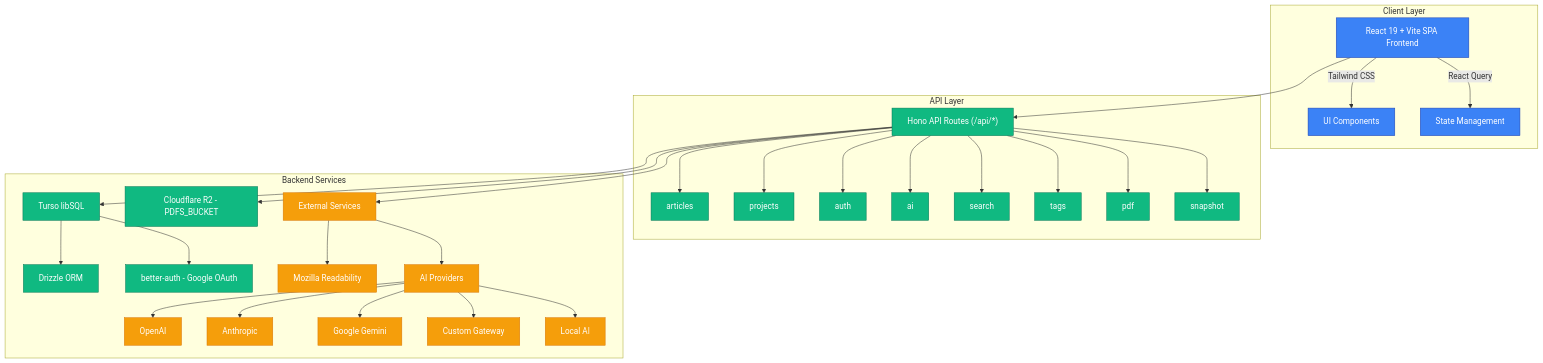
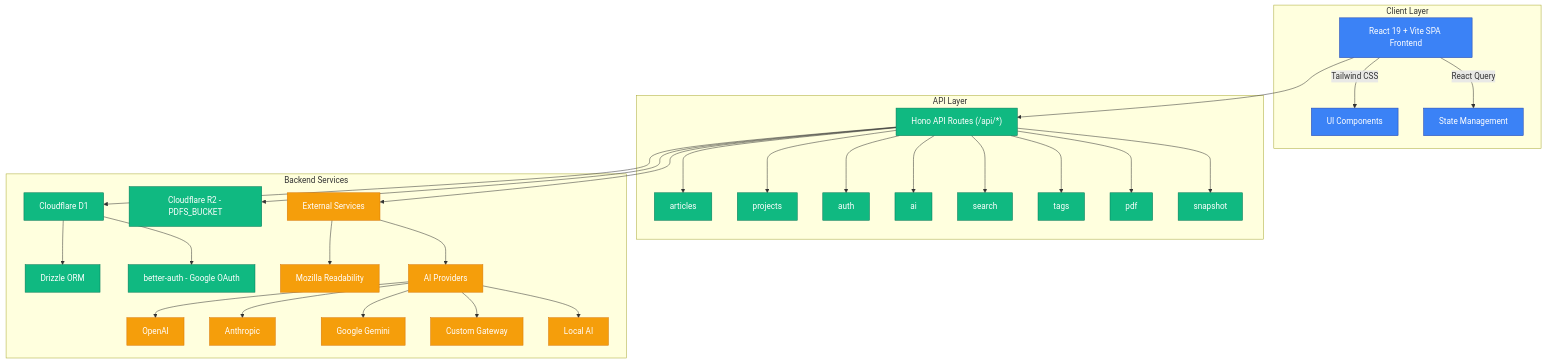
The diagram in README.md (Significant-Hobbies/reader), drawn with Mermaid before and after one commit. The commit also changed other lines of this file and 34 other files, not shown here.

````diff
--- a/README.md
+++ b/README.md
@@ -56,50 +56,50 @@
 ```mermaid
 graph TB
     subgraph "Client Layer"
         UI[React 19 + Vite SPA Frontend]
         UI --> |Tailwind CSS| Styling[UI Components]
         UI --> |React Query| State[State Management]
     end
 
     subgraph "API Layer"
         API["Hono API Routes (/api/*)"]
         API --> Articles["articles"]
         API --> Projects["projects"]
         API --> Auth["auth"]
         API --> AI["ai"]
         API --> Search["search"]
         API --> Tags["tags"]
         API --> PDF["pdf"]
         API --> Snapshot["snapshot"]
     end
 
     subgraph "Backend Services"
-        Turso[Turso libSQL]
-        Turso --> Drizzle[Drizzle ORM]
-        Turso --> BetterAuth[better-auth - Google OAuth]
+        D1[Cloudflare D1]
+        D1 --> Drizzle[Drizzle ORM]
+        D1 --> BetterAuth[better-auth - Google OAuth]
 
         R2[Cloudflare R2 - PDFS_BUCKET]
 
         External[External Services]
         External --> Readability[Mozilla Readability]
         External --> AIProviders[AI Providers]
         AIProviders --> OpenAI[OpenAI]
         AIProviders --> Anthropic[Anthropic]
         AIProviders --> Gemini[Google Gemini]
         AIProviders --> Gateway[Custom Gateway]
         AIProviders --> LocalAI[Local AI]
     end
 
     UI --> API
-    API --> Turso
+    API --> D1
     API --> R2
     API --> External
 
     classDef frontend fill:#3b82f6,stroke:#1e40af,color:#fff
     classDef backend fill:#10b981,stroke:#047857,color:#fff
     classDef external fill:#f59e0b,stroke:#d97706,color:#fff
 
     class UI,Styling,State frontend
-    class API,Articles,Projects,Auth,AI,Search,Tags,PDF,Snapshot,Turso,Drizzle,BetterAuth,R2 backend
+    class API,Articles,Projects,Auth,AI,Search,Tags,PDF,Snapshot,D1,Drizzle,BetterAuth,R2 backend
     class External,Readability,AIProviders,OpenAI,Anthropic,Gemini,Gateway,LocalAI external
 ```
````
